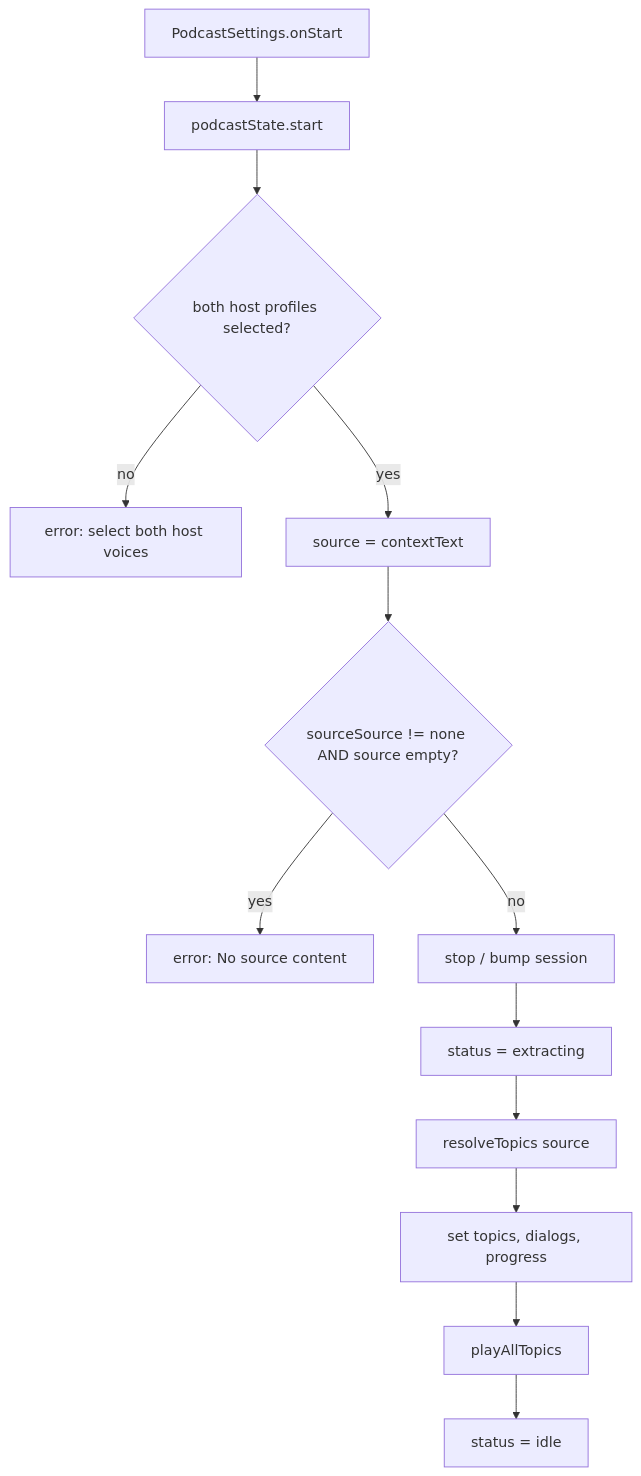
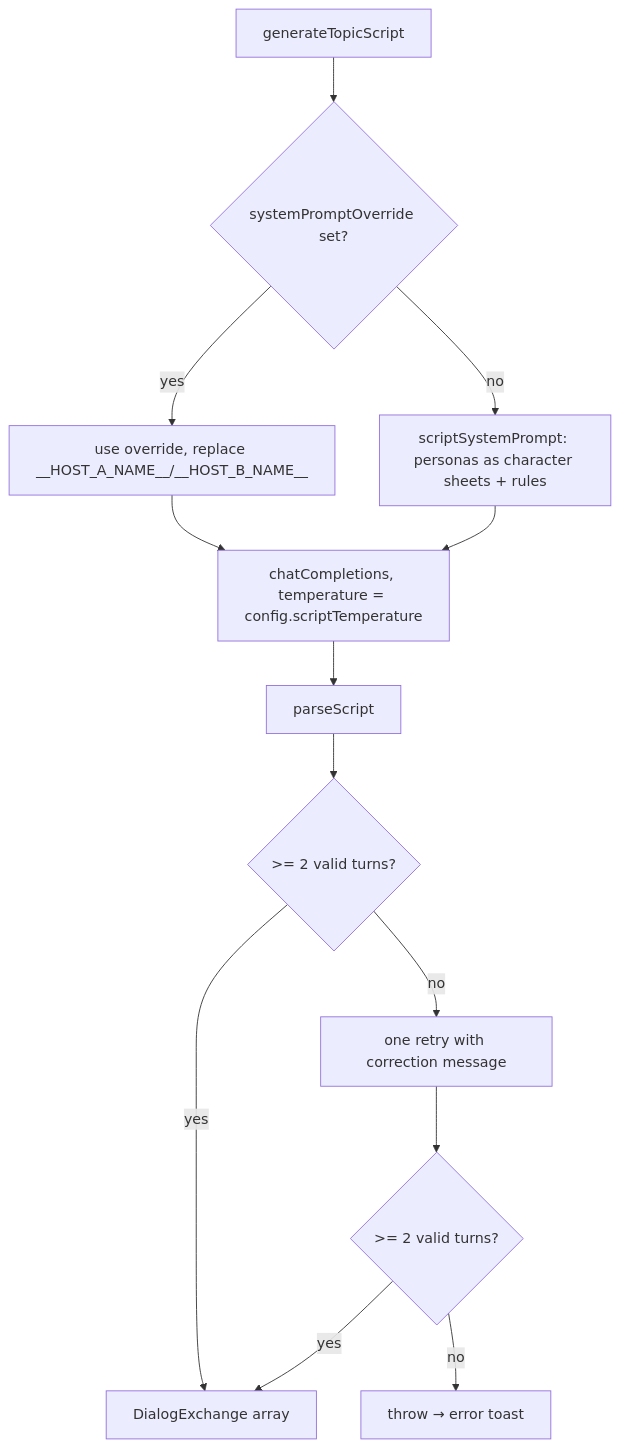
One commit to JPG-2024/things changed the diagram in src/features/podcast/podcast-flow.md. Above: the diagram before and after it, drawn with Mermaid. The commit also changed other lines of this file and 34 other files, not shown here.

First line of the commit message:
feat(podcast): introduce script generation and parsing functionality

````diff
--- a/src/features/podcast/podcast-flow.md
+++ b/src/features/podcast/podcast-flow.md
@@ -54,15 +67,15 @@
 ```mermaid
 flowchart TD
-    A[PodcastSettings.onStart] --> B[podcastState.start]
-    B --> C{both host profiles selected?}
-    C -- no --> E1[error: select both host voices]
-    C -- yes --> D[source = contextText]
-    D --> F{sourceSource != none AND source empty?}
-    F -- yes --> E2[error: No source content]
-    F -- no --> G[stop / bump session]
-    G --> H[status = extracting]
-    H --> I[resolveTopics source]
-    I --> J[set topics, dialogs, progress]
-    J --> K[playAllTopics]
-    K --> L[status = idle]
+    A[generateTopicScript] --> B{systemPromptOverride set?}
+    B -- yes --> C[use override, replace __HOST_A_NAME__/__HOST_B_NAME__]
+    B -- no --> D[scriptSystemPrompt: personas as character sheets + rules]
+    C --> E[chatCompletions, temperature = config.scriptTemperature]
+    D --> E
+    E --> F[parseScript]
+    F --> G{>= 2 valid turns?}
+    G -- yes --> H[DialogExchange array]
+    G -- no --> I[one retry with correction message]
+    I --> J{>= 2 valid turns?}
+    J -- yes --> H
+    J -- no --> K[throw → error toast]
 ```
````
